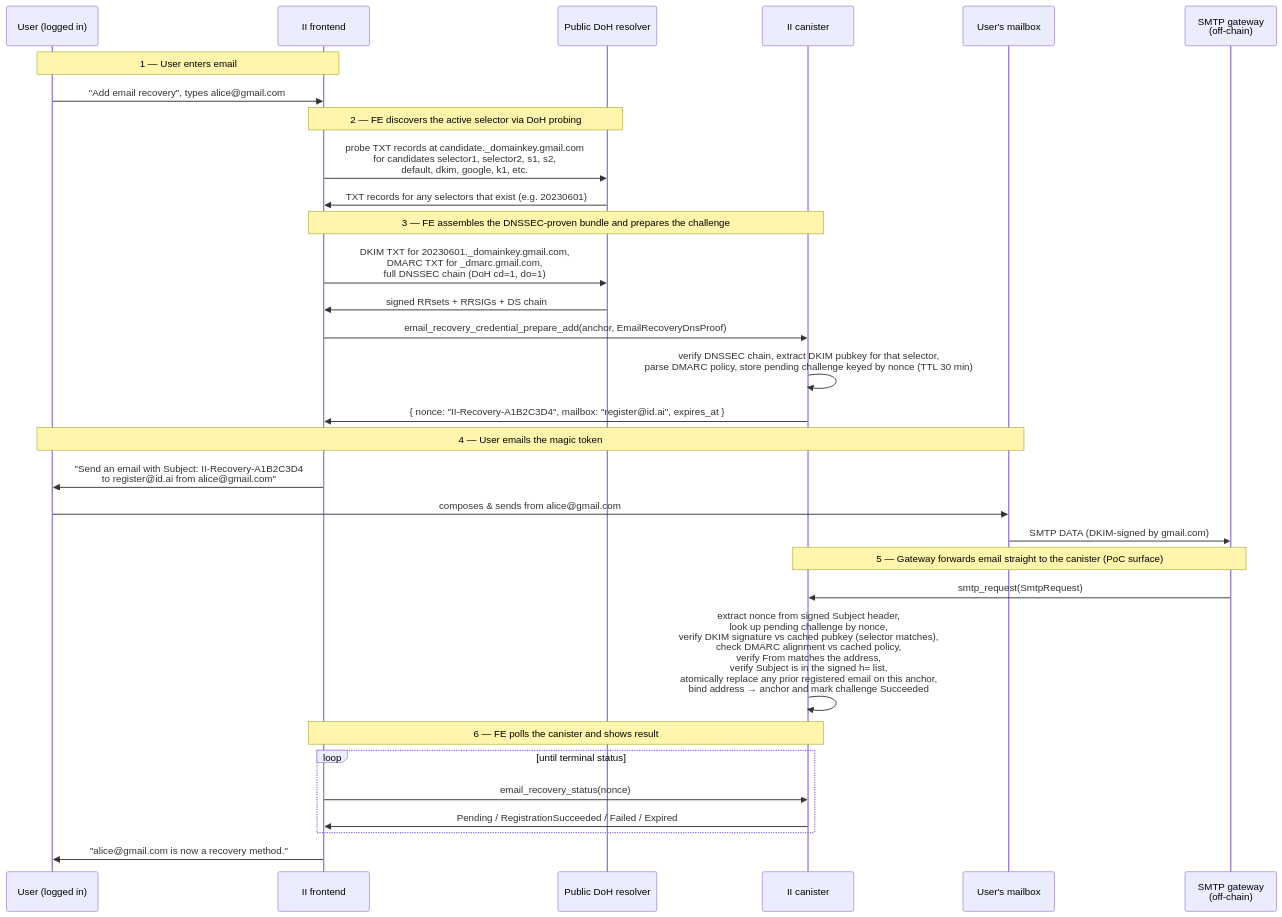
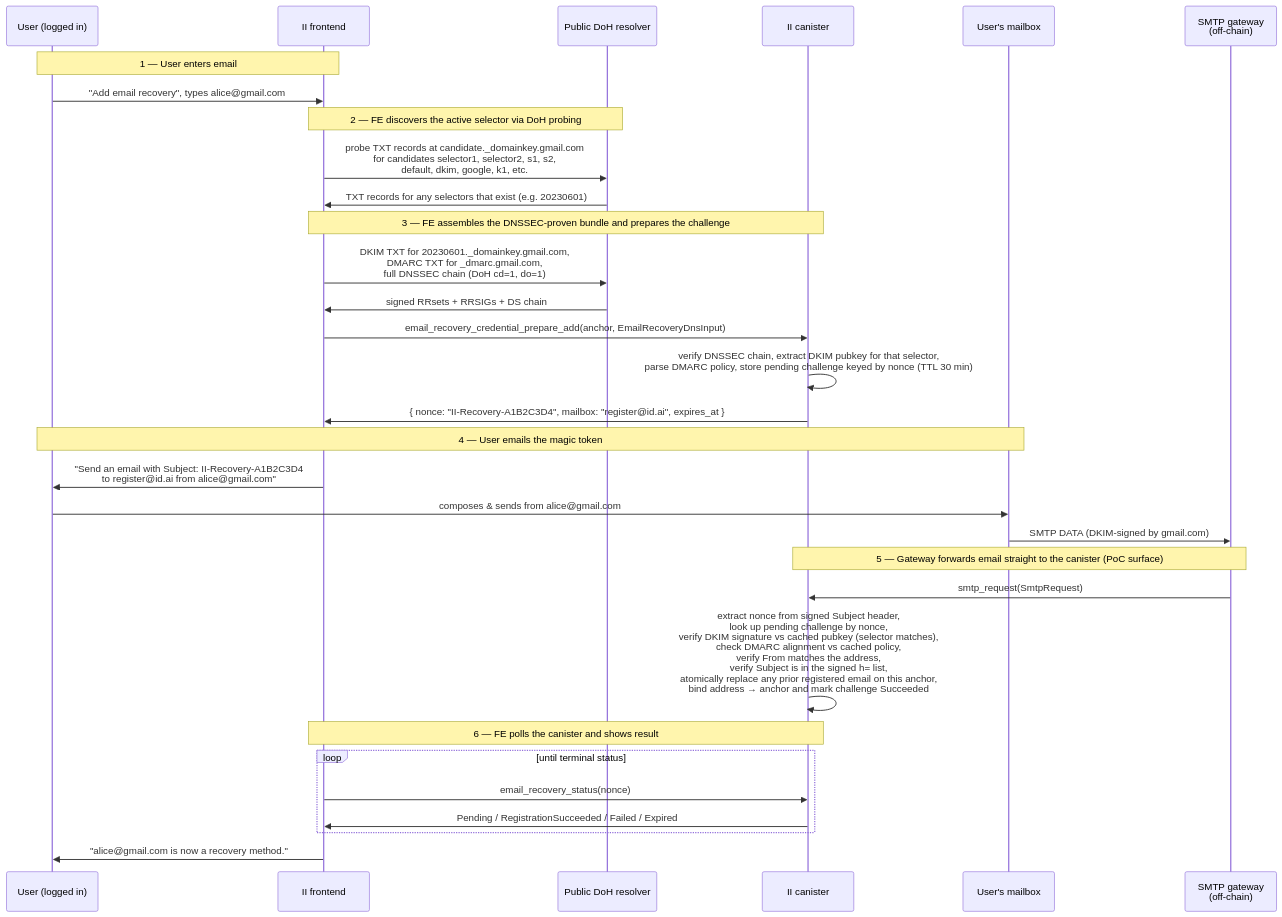
One commit to dfinity/internet-identity changed the second of 3 diagrams in docs/ongoing/email-recovery.md. Above: the diagram before and after it, drawn with Mermaid. The commit also changed other lines of this file, not shown here.

First line of the commit message:
design(email-recovery): DoH fallback path, PRNG nonce, on-anchor credential

````diff
--- a/docs/ongoing/email-recovery.md
+++ b/docs/ongoing/email-recovery.md
@@ -672,39 +718,39 @@
 ```mermaid
 sequenceDiagram
     participant U as User (logged in)
     participant FE as II frontend
     participant DNS as Public DoH resolver
     participant II as II canister
     participant Mail as User's mailbox
     participant GW as SMTP gateway<br/>(off-chain)
 
     Note over U,FE: 1 — User enters email
     U->>FE: "Add email recovery", types alice@gmail.com
 
     Note over FE,DNS: 2 — FE discovers the active selector via DoH probing
     FE->>DNS: probe TXT records at candidate._domainkey.gmail.com<br/>for candidates selector1, selector2, s1, s2,<br/>default, dkim, google, k1, etc.
     DNS->>FE: TXT records for any selectors that exist (e.g. 20230601)
 
     Note over FE,II: 3 — FE assembles the DNSSEC-proven bundle and prepares the challenge
     FE->>DNS: DKIM TXT for 20230601._domainkey.gmail.com,<br/>DMARC TXT for _dmarc.gmail.com,<br/>full DNSSEC chain (DoH cd=1, do=1)
     DNS->>FE: signed RRsets + RRSIGs + DS chain
-    FE->>II: email_recovery_credential_prepare_add(anchor, EmailRecoveryDnsProof)
+    FE->>II: email_recovery_credential_prepare_add(anchor, EmailRecoveryDnsInput)
     II->>II: verify DNSSEC chain, extract DKIM pubkey for that selector,<br/>parse DMARC policy, store pending challenge keyed by nonce (TTL 30 min)
     II->>FE: { nonce: "II-Recovery-A1B2C3D4", mailbox: "register@id.ai", expires_at }
 
     Note over U,Mail: 4 — User emails the magic token
     FE->>U: "Send an email with Subject: II-Recovery-A1B2C3D4<br/>to register@id.ai from alice@gmail.com"
     U->>Mail: composes & sends from alice@gmail.com
     Mail->>GW: SMTP DATA (DKIM-signed by gmail.com)
 
     Note over GW,II: 5 — Gateway forwards email straight to the canister (PoC surface)
     GW->>II: smtp_request(SmtpRequest)
     II->>II: extract nonce from signed Subject header,<br/>look up pending challenge by nonce,<br/>verify DKIM signature vs cached pubkey (selector matches),<br/>check DMARC alignment vs cached policy,<br/>verify From matches the address,<br/>verify Subject is in the signed h= list,<br/>atomically replace any prior registered email on this anchor,<br/>bind address → anchor and mark challenge Succeeded
 
     Note over FE,II: 6 — FE polls the canister and shows result
     loop until terminal status
         FE->>II: email_recovery_status(nonce)
         II->>FE: Pending / RegistrationSucceeded / Failed / Expired
     end
     FE->>U: "alice@gmail.com is now a recovery method."
 ```
````
